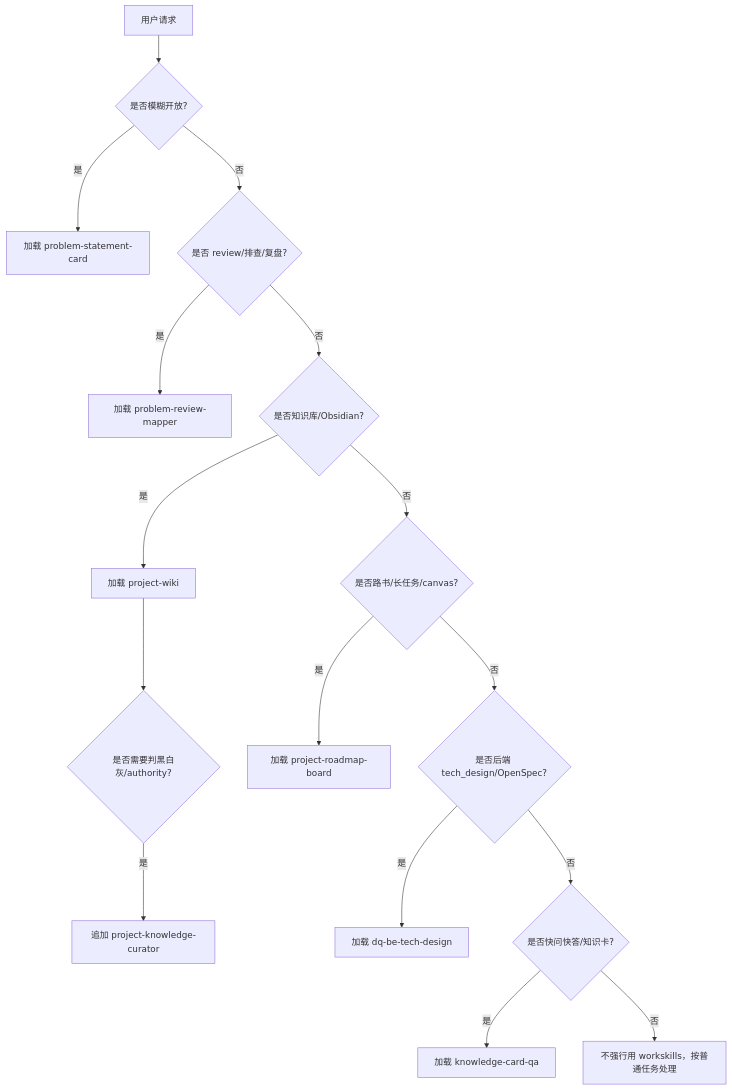
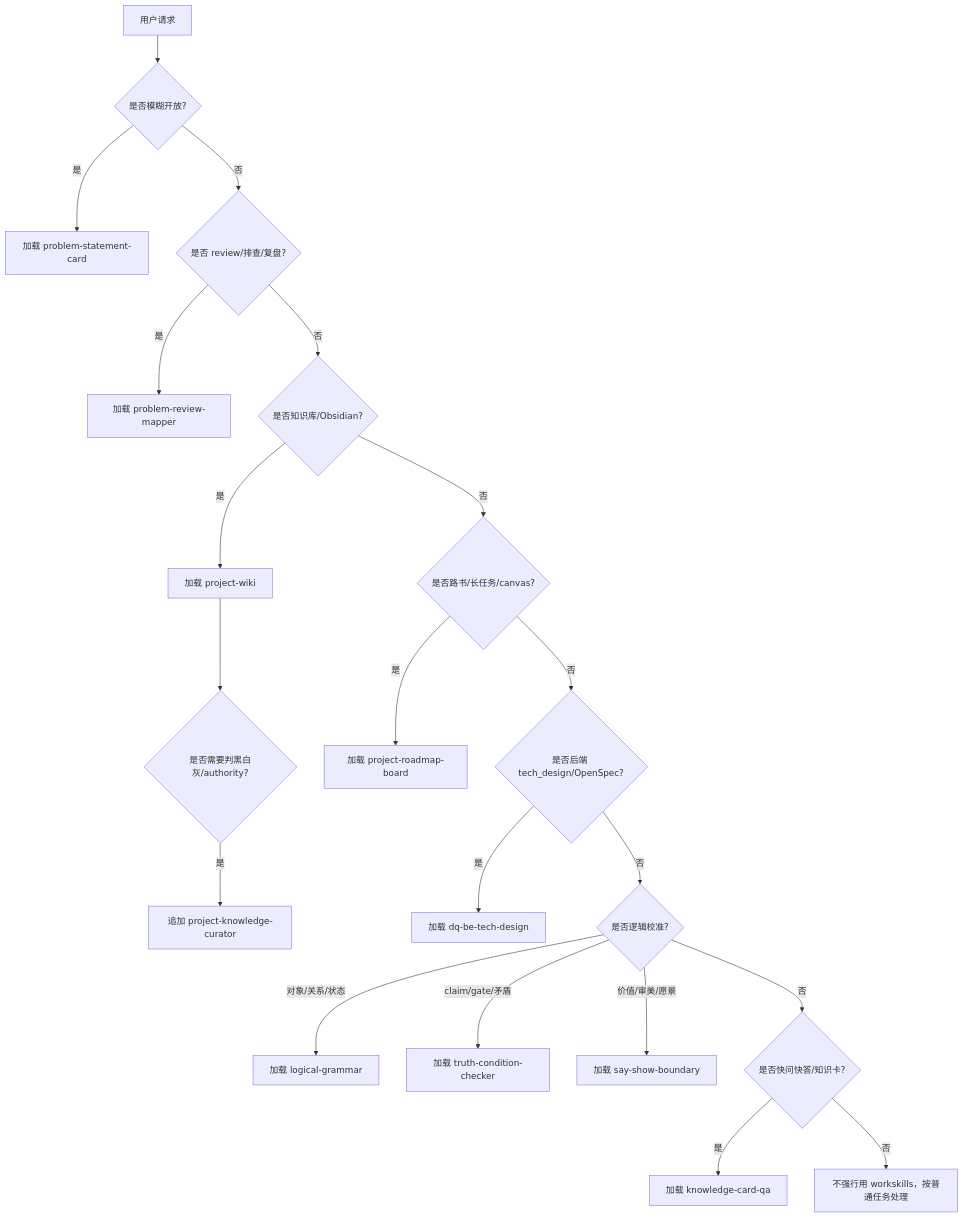
One commit to nds15763/workskills changed the diagram in workskills-router/SKILL.md. Above: the diagram before and after it, drawn with Mermaid. The commit also changed other lines of this file and 10 other files, not shown here.

````diff
--- a/workskills-router/SKILL.md
+++ b/workskills-router/SKILL.md
@@ -36,18 +45,22 @@
 ```mermaid
 flowchart TD
   A["用户请求"] --> B{"是否模糊开放?"}
   B -- "是" --> C["加载 problem-statement-card"]
   B -- "否" --> D{"是否 review/排查/复盘?"}
   D -- "是" --> E["加载 problem-review-mapper"]
   D -- "否" --> F{"是否知识库/Obsidian?"}
   F -- "是" --> G["加载 project-wiki"]
   G --> H{"是否需要判黑白灰/authority?"}
   H -- "是" --> I["追加 project-knowledge-curator"]
   F -- "否" --> J{"是否路书/长任务/canvas?"}
   J -- "是" --> K["加载 project-roadmap-board"]
   J -- "否" --> L{"是否后端 tech_design/OpenSpec?"}
   L -- "是" --> M["加载 dq-be-tech-design"]
-  L -- "否" --> N{"是否快问快答/知识卡?"}
-  N -- "是" --> O["加载 knowledge-card-qa"]
-  N -- "否" --> P["不强行用 workskills，按普通任务处理"]
+  L -- "否" --> N{"是否逻辑校准?"}
+  N -- "对象/关系/状态" --> O["加载 logical-grammar"]
+  N -- "claim/gate/矛盾" --> P["加载 truth-condition-checker"]
+  N -- "价值/审美/愿景" --> Q["加载 say-show-boundary"]
+  N -- "否" --> R{"是否快问快答/知识卡?"}
+  R -- "是" --> S["加载 knowledge-card-qa"]
+  R -- "否" --> T["不强行用 workskills，按普通任务处理"]
 ```
````
